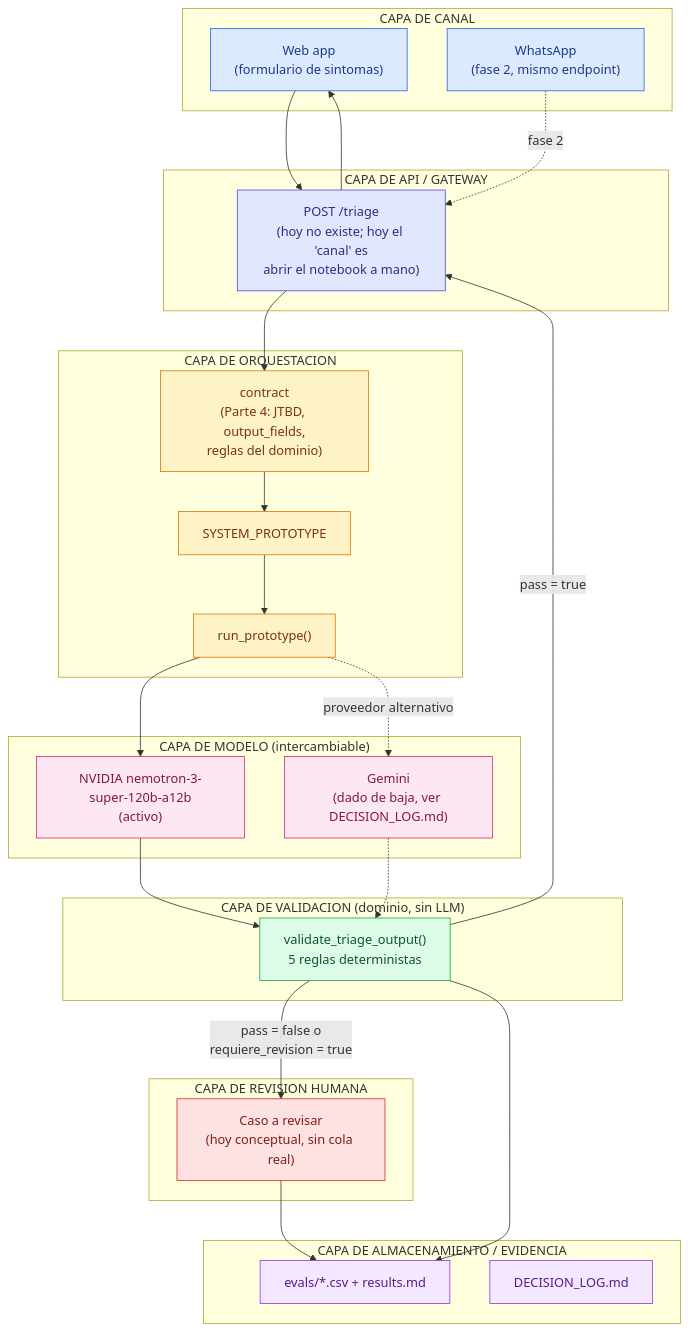
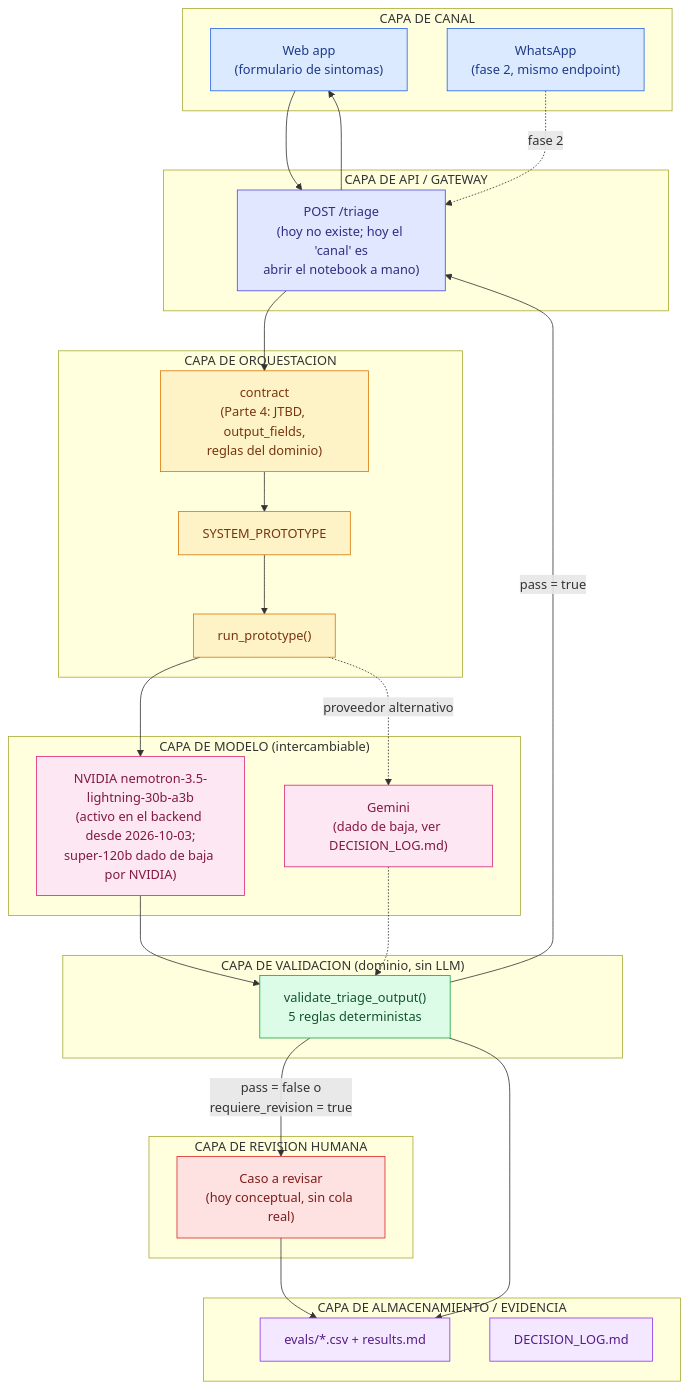
Before and after one commit to Juanjo1414/HealthGuideAI: the second of 2 diagrams in docs/arquitectura.md, drawn with Mermaid. The commit also changed other lines of this file and 4 other files, not shown here.

````diff
--- a/docs/arquitectura.md
+++ b/docs/arquitectura.md
@@ -92,64 +92,65 @@
 ```mermaid
 flowchart TD
     subgraph CANAL["CAPA DE CANAL"]
         WebApp["Web app\n(formulario de sintomas)"]
         WhatsApp["WhatsApp\n(fase 2, mismo endpoint)"]
     end
 
     subgraph API["CAPA DE API / GATEWAY"]
         Endpoint["POST /triage\n(hoy no existe; hoy el 'canal' es\nabrir el notebook a mano)"]
     end
 
     subgraph ORQUESTACION["CAPA DE ORQUESTACION"]
         Contract["contract\n(Parte 4: JTBD, output_fields,\nreglas del dominio)"]
         Prompt["SYSTEM_PROTOTYPE"]
         RunPrototype["run_prototype()"]
     end
 
     subgraph MODELO["CAPA DE MODELO (intercambiable)"]
-        NVIDIA["NVIDIA nemotron-3-super-120b-a12b\n(activo)"]
+        NVIDIA["NVIDIA nemotron-3.5-lightning-30b-a3b\n(activo en el backend desde 2026-10-03;
+super-120b dado de baja por NVIDIA)"]
         Gemini["Gemini\n(dado de baja, ver DECISION_LOG.md)"]
     end
 
     subgraph VALIDACION["CAPA DE VALIDACION (dominio, sin LLM)"]
         Validador["validate_triage_output()\n5 reglas deterministas"]
     end
 
     subgraph EVIDENCIA["CAPA DE ALMACENAMIENTO / EVIDENCIA"]
         Evals["evals/*.csv + results.md"]
         DecisionLog["DECISION_LOG.md"]
     end
 
     subgraph ESCALAMIENTO["CAPA DE REVISION HUMANA"]
         Cola["Caso a revisar\n(hoy conceptual, sin cola real)"]
     end
 
     WebApp --> Endpoint
     WhatsApp -.->|"fase 2"| Endpoint
     Endpoint --> Contract --> Prompt --> RunPrototype
     RunPrototype --> NVIDIA
     RunPrototype -.->|"proveedor alternativo"| Gemini
     NVIDIA --> Validador
     Gemini -.-> Validador
     Validador -->|"pass = true"| Endpoint
     Validador -->|"pass = false o\nrequiere_revision = true"| Cola
     Validador --> Evals
     Cola --> Evals
     Endpoint --> WebApp
 
     classDef canal fill:#dbeafe,stroke:#2563eb,color:#1e3a8a
     classDef api fill:#e0e7ff,stroke:#4f46e5,color:#312e81
     classDef orquesta fill:#fef3c7,stroke:#d97706,color:#78350f
     classDef modelo fill:#fce7f3,stroke:#db2777,color:#831843
     classDef valida fill:#dcfce7,stroke:#16a34a,color:#14532d
     classDef evidencia fill:#f3e8ff,stroke:#9333ea,color:#581c87
     classDef escala fill:#fee2e2,stroke:#dc2626,color:#7f1d1d
 
     class WebApp,WhatsApp canal
     class Endpoint api
     class Contract,Prompt,RunPrototype orquesta
     class NVIDIA,Gemini modelo
     class Validador valida
     class Evals,DecisionLog evidencia
     class Cola escala
 ```
````
